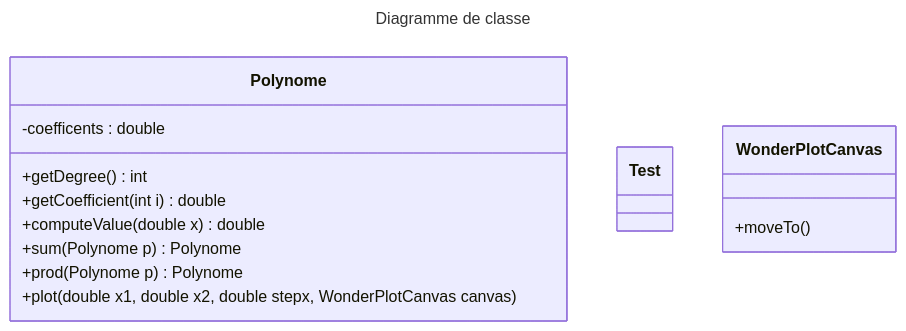
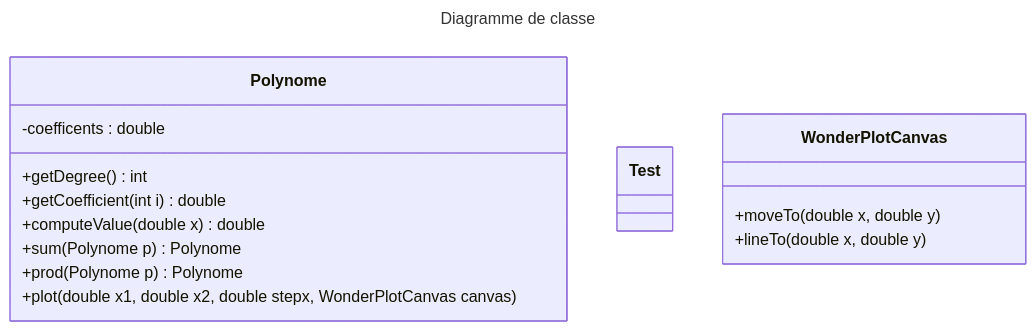
The sixth of 6 diagrams in TP1/README.md (IzalalaCoder/Software-Architecture), drawn with Mermaid before and after one commit.

````diff
--- a/TP1/README.md
+++ b/TP1/README.md
@@ -143,22 +143,22 @@
 ```mermaid
 ---
 title: Diagramme de classe
 ---
 classDiagram
     class Polynome {
         +getDegree() int
         +getCoefficient(int i) double
         +computeValue(double x) double
         +sum(Polynome p) Polynome
         +prod(Polynome p) Polynome
         +plot(double x1, double x2, double stepx, WonderPlotCanvas canvas)
         -coefficents : double
     }
 
    class Test
 
    class WonderPlotCanvas {
-      +moveTo()
-
+      +moveTo(double x, double y)
+      +lineTo(double x, double y)
    }
 ```
````
